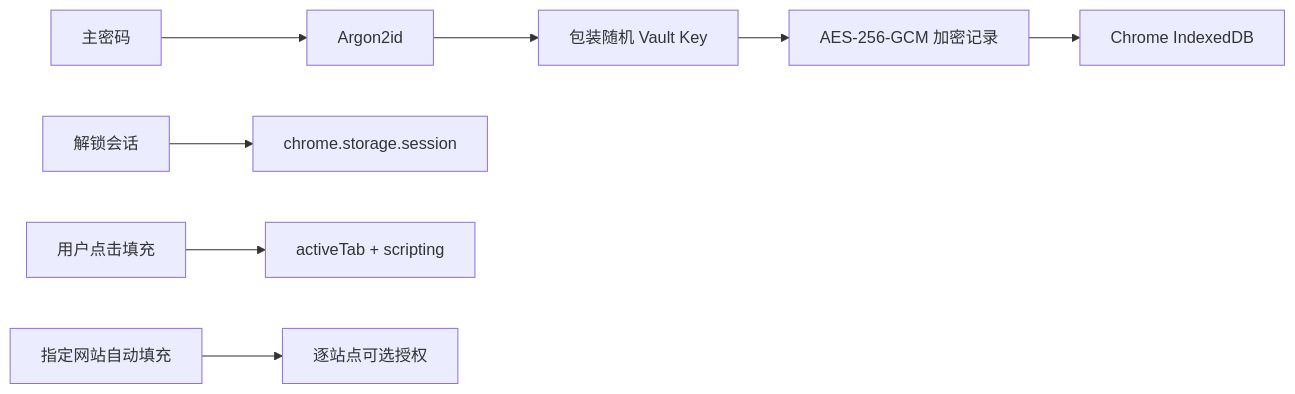
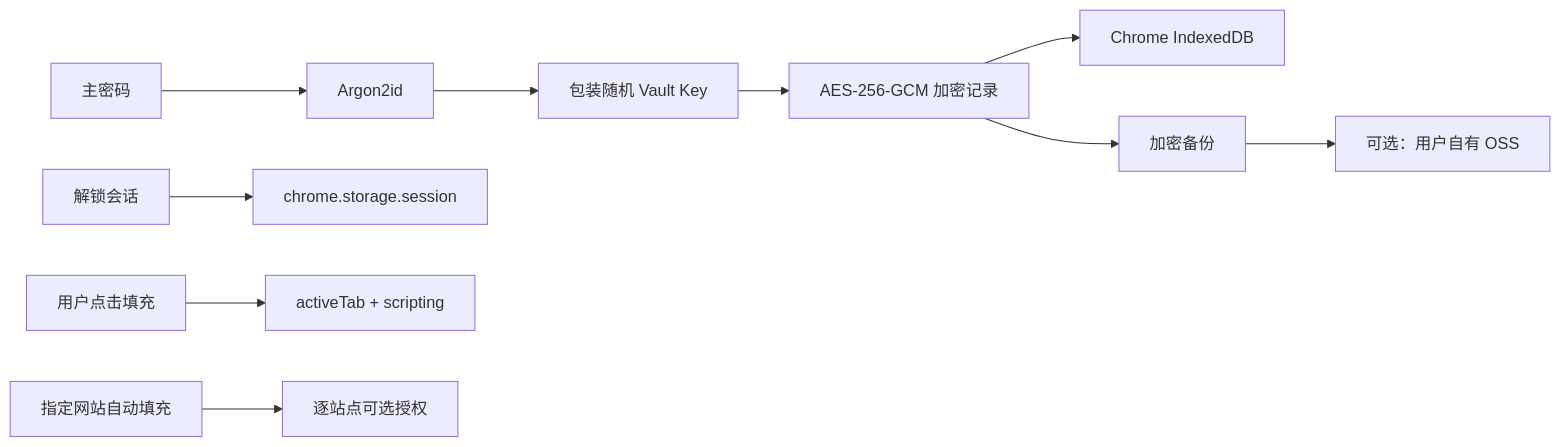
One commit to DIYVM/DIYVM-local-passkey changed the diagram in README.md. Above: the diagram before and after it, drawn with Mermaid. The commit also changed other lines of this file and 22 other files, not shown here.

````diff
--- a/README.md
+++ b/README.md
@@ -42,10 +44,12 @@
 ```mermaid
 flowchart LR
     A["主密码"] --> B["Argon2id"]
     B --> C["包装随机 Vault Key"]
     C --> D["AES-256-GCM 加密记录"]
     D --> E["Chrome IndexedDB"]
     F["解锁会话"] --> G["chrome.storage.session"]
     H["用户点击填充"] --> I["activeTab + scripting"]
     J["指定网站自动填充"] --> K["逐站点可选授权"]
+    D --> L["加密备份"]
+    L --> M["可选：用户自有 OSS"]
 ```
````
